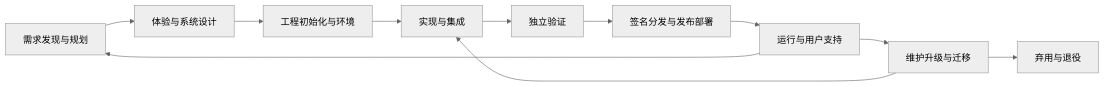
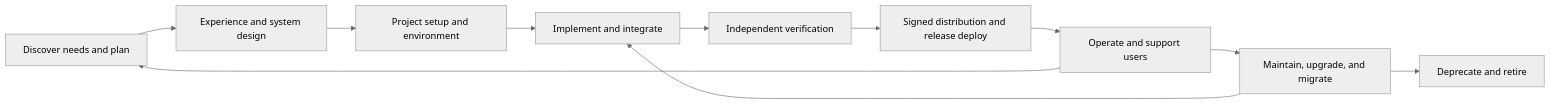
Before and after one commit to Sullivansome/sKKills: the diagram in docs/software-lifecycle-map.md, drawn with Mermaid (neutral theme). The commit also changed other lines of this file and 173 other files, not shown here.

````diff
--- a/docs/software-lifecycle-map.md
+++ b/docs/software-lifecycle-map.md
@@ -26,13 +26,13 @@
 ```mermaid
 flowchart LR
-  A[需求发现与规划] --> B[体验与系统设计]
-  B --> C[工程初始化与环境]
-  C --> D[实现与集成]
-  D --> E[独立验证]
-  E --> F[签名分发与发布部署]
-  F --> G[运行与用户支持]
-  G --> H[维护升级与迁移]
+  A[Discover needs and plan] --> B[Experience and system design]
+  B --> C[Project setup and environment]
+  C --> D[Implement and integrate]
+  D --> E[Independent verification]
+  E --> F[Signed distribution and release deploy]
+  F --> G[Operate and support users]
+  G --> H[Maintain, upgrade, and migrate]
   H --> D
   G --> A
-  H --> I[弃用与退役]
+  H --> I[Deprecate and retire]
 ```
````
